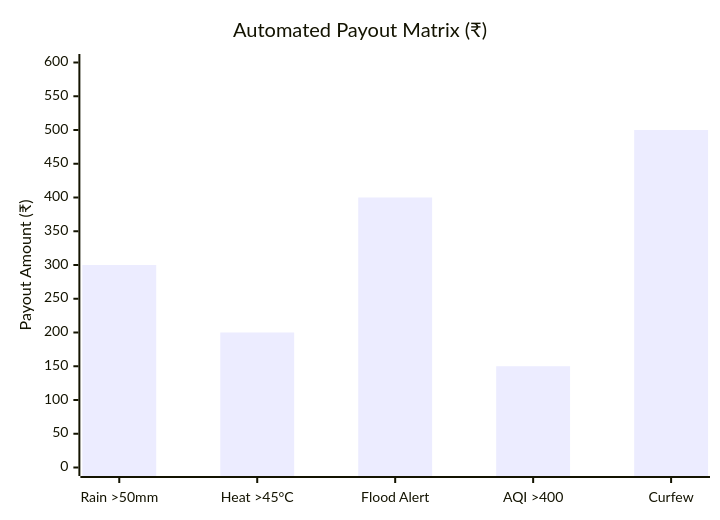
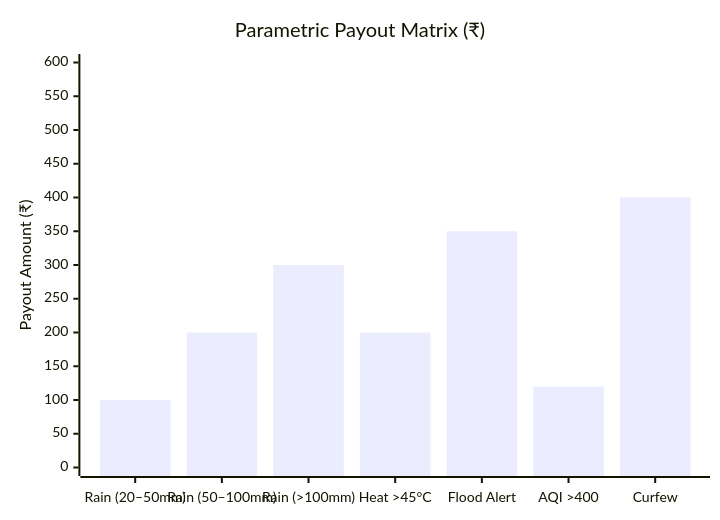
One commit to ed6095-web/Guidewire-DEVTrails-2026 changed the fourth of 4 diagrams in README.md. Above: the diagram before and after it, drawn with Mermaid.

````diff
--- a/README.md
+++ b/README.md
@@ -221,7 +221,7 @@
 ```mermaid
 xychart-beta
-    title "Automated Payout Matrix (₹)"
-    x-axis ["Rain >50mm","Heat >45°C","Flood Alert","AQI >400","Curfew"]
+    title "Parametric Payout Matrix (₹)"
+    x-axis ["Rain (20–50mm)","Rain (50–100mm)","Rain (>100mm)","Heat >45°C","Flood Alert","AQI >400","Curfew"]
     y-axis "Payout Amount (₹)" 0 --> 600
-    bar [300,200,400,150,500]
+    bar [100,200,300,200,350,120,400]
 ```
````
